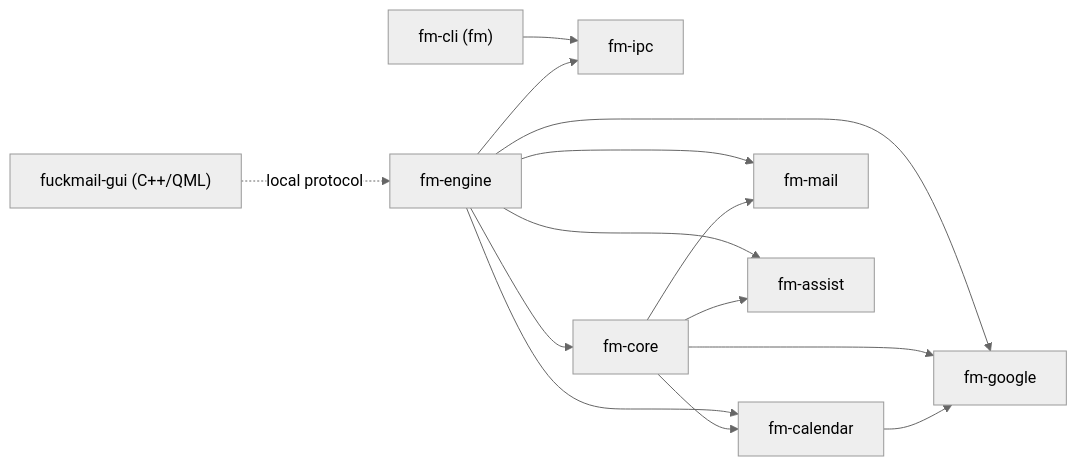
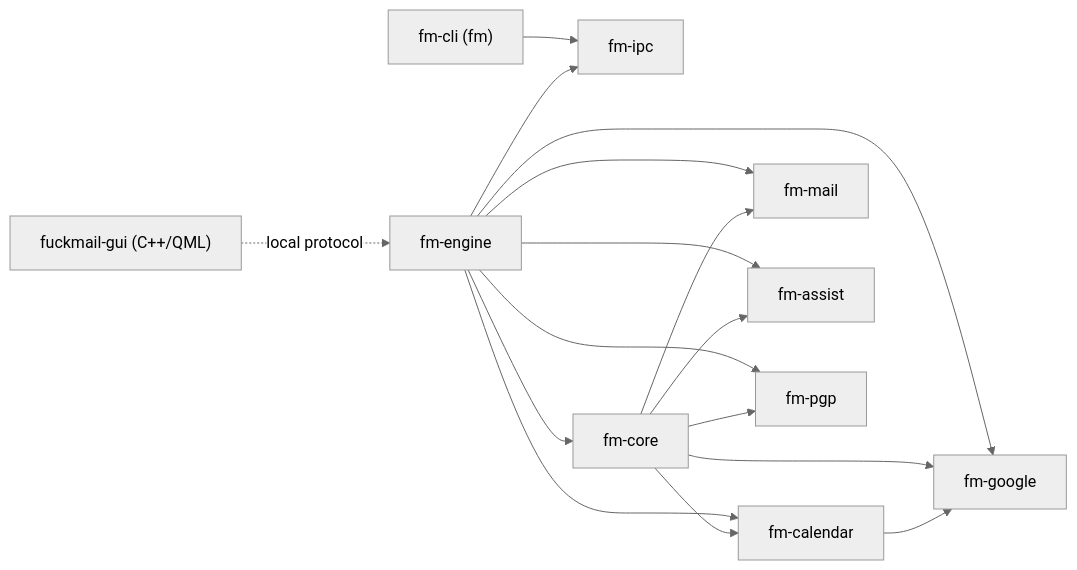
One commit to yegors/fuckMail changed the diagram in docs/architecture.md. Above: the diagram before and after it, drawn with Mermaid (neutral theme). The commit also changed other lines of this file and 100 other files, not shown here.

````diff
--- a/docs/architecture.md
+++ b/docs/architecture.md
@@ -63,16 +64,18 @@
 ```mermaid
 flowchart LR
   gui["fuckmail-gui (C++/QML)"] -. "local protocol" .-> engine
   cli["fm-cli (fm)"] --> ipc["fm-ipc"]
   engine["fm-engine"] --> ipc
   engine --> core["fm-core"]
   engine --> google["fm-google"]
   engine --> calendar["fm-calendar"]
   engine --> mail["fm-mail"]
   engine --> assist["fm-assist"]
+  engine --> pgp["fm-pgp"]
   core --> calendar
   core --> google
   core --> mail
   core --> assist
+  core --> pgp
   calendar --> google
 ```
````
